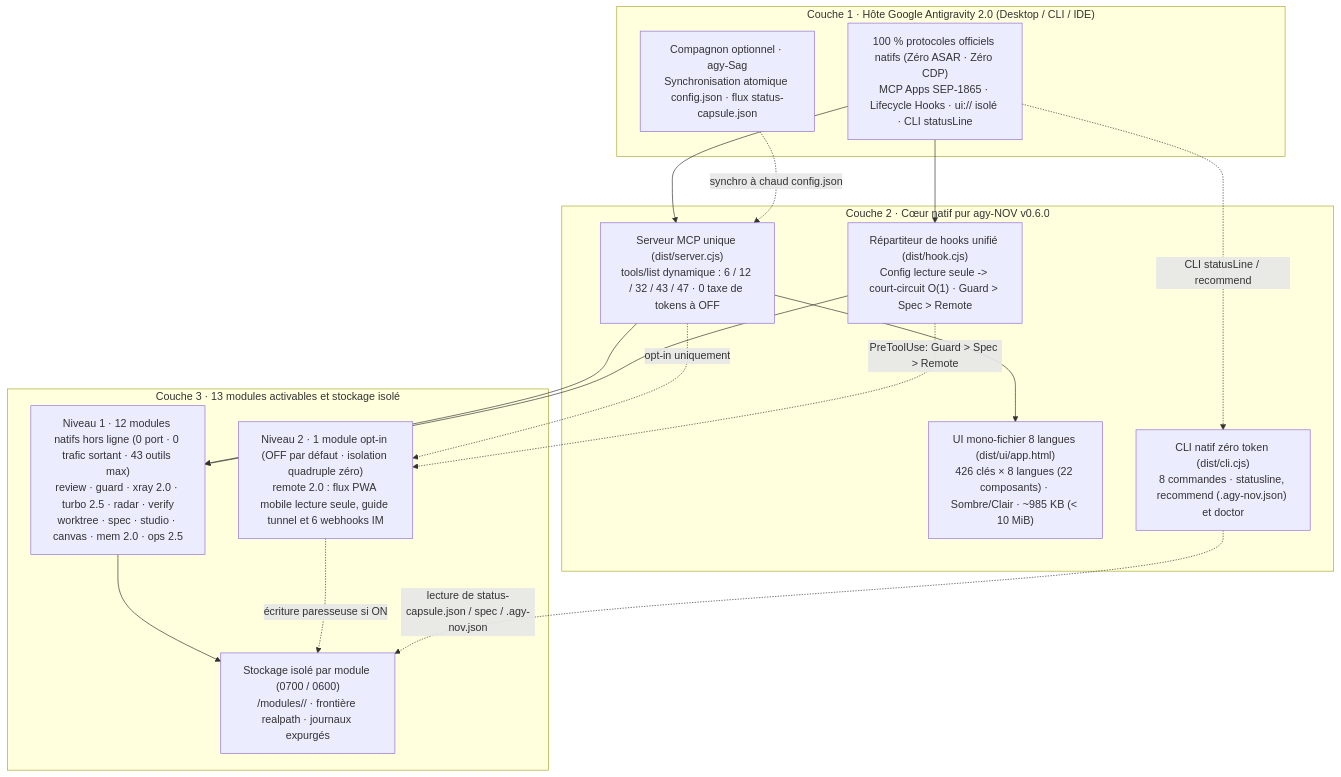
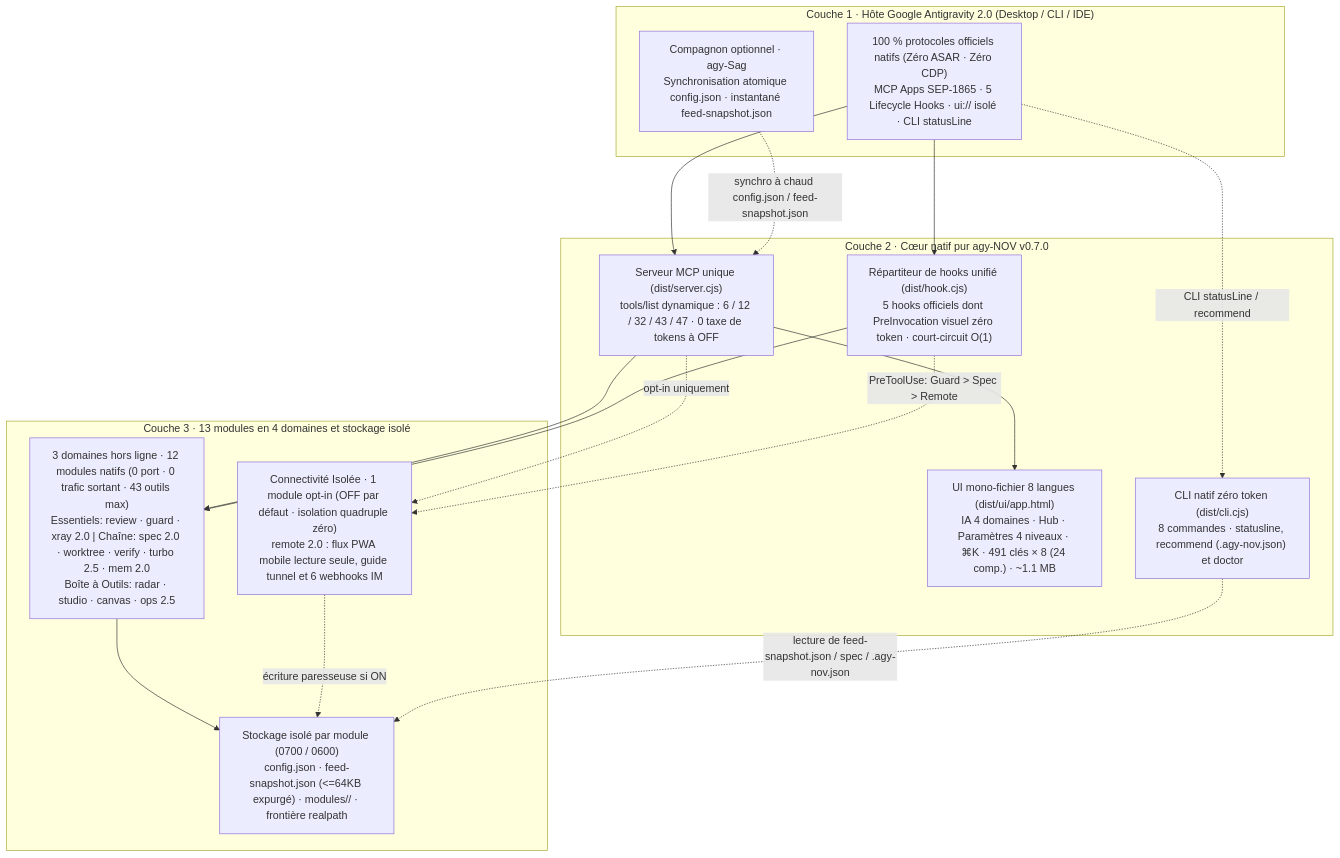
Before and after one commit to tone-leh/agy-NOV: the diagram in docs/i18n/README.fr.md, drawn with Mermaid. The commit also changed other lines of this file and 54 other files, not shown here.

Commit message:
feat: release agy-NOV v0.7.0 (4+1 IA, Settings Hub, Spec 2.0, Dual-Star Feed, PreInvocation)

````diff
--- a/docs/i18n/README.fr.md
+++ b/docs/i18n/README.fr.md
@@ -209,33 +222,33 @@
 ```mermaid
 flowchart TB
   subgraph L1["Couche 1 · Hôte Google Antigravity 2.0 (Desktop / CLI / IDE)"]
-    Host["100 % protocoles officiels natifs (Zéro ASAR · Zéro CDP)\nMCP Apps SEP-1865 · Lifecycle Hooks · ui:// isolé · CLI statusLine"]
-    Sag["Compagnon optionnel · agy-Sag\nSynchronisation atomique config.json · flux status-capsule.json"]
+    Host["100 % protocoles officiels natifs (Zéro ASAR · Zéro CDP)\nMCP Apps SEP-1865 · 5 Lifecycle Hooks · ui:// isolé · CLI statusLine"]
+    Sag["Compagnon optionnel · agy-Sag\nSynchronisation atomique config.json · instantané feed-snapshot.json"]
   end
 
-  subgraph L2["Couche 2 · Cœur natif pur agy-NOV v0.6.0"]
+  subgraph L2["Couche 2 · Cœur natif pur agy-NOV v0.7.0"]
     MCP["Serveur MCP unique (dist/server.cjs)\ntools/list dynamique : 6 / 12 / 32 / 43 / 47 · 0 taxe de tokens à OFF"]
-    Hook["Répartiteur de hooks unifié (dist/hook.cjs)\nConfig lecture seule -> court-circuit O(1) · Guard > Spec > Remote"]
-    UI["UI mono-fichier 8 langues (dist/ui/app.html)\n426 clés × 8 langues (22 composants) · Sombre/Clair · ~985 KB (< 10 MiB)"]
+    Hook["Répartiteur de hooks unifié (dist/hook.cjs)\n5 hooks officiels dont PreInvocation visuel zéro token · court-circuit O(1)"]
+    UI["UI mono-fichier 8 langues (dist/ui/app.html)\nIA 4 domaines · Hub · Paramètres 4 niveaux · ⌘K · 491 clés × 8 (24 comp.) · ~1.1 MB"]
     CLI["CLI natif zéro token (dist/cli.cjs)\n8 commandes · statusline, recommend (.agy-nov.json) et doctor"]
   end
 
-  subgraph L3["Couche 3 · 13 modules activables et stockage isolé"]
-    T1["Niveau 1 · 12 modules natifs hors ligne (0 port · 0 trafic sortant · 43 outils max)\nreview · guard · xray 2.0 · turbo 2.5 · radar · verify\nworktree · spec · studio · canvas · mem 2.0 · ops 2.5"]
-    T2R["Niveau 2 · 1 module opt-in (OFF par défaut · isolation quadruple zéro)\nremote 2.0 : flux PWA mobile lecture seule, guide tunnel et 6 webhooks IM"]
-    Store["Stockage isolé par module (0700 / 0600)\n<dataDir>/modules/<id>/ · frontière realpath · journaux expurgés"]
+  subgraph L3["Couche 3 · 13 modules en 4 domaines et stockage isolé"]
+    T1["3 domaines hors ligne · 12 modules natifs (0 port · 0 trafic sortant · 43 outils max)\nEssentiels: review · guard · xray 2.0 | Chaîne: spec 2.0 · worktree · verify · turbo 2.5 · mem 2.0\nBoîte à Outils: radar · studio · canvas · ops 2.5"]
+    T2R["Connectivité Isolée · 1 module opt-in (OFF par défaut · isolation quadruple zéro)\nremote 2.0 : flux PWA mobile lecture seule, guide tunnel et 6 webhooks IM"]
+    Store["Stockage isolé par module (0700 / 0600)\nconfig.json · feed-snapshot.json (<=64KB expurgé) · modules/<id>/ · frontière realpath"]
   end
 
   Host --> MCP
   Host --> Hook
   Host -. "CLI statusLine / recommend" .-> CLI
-  Sag -. "synchro à chaud config.json" .-> MCP
+  Sag -. "synchro à chaud config.json / feed-snapshot.json" .-> MCP
   MCP --> UI
   MCP --> T1
   MCP -. "opt-in uniquement" .-> T2R
   Hook --> T1
   Hook -. "PreToolUse: Guard > Spec > Remote" .-> T2R
   T1 --> Store
   T2R -. "écriture paresseuse si ON" .-> Store
-  CLI -. "lecture de status-capsule.json / spec / .agy-nov.json" .-> Store
+  CLI -. "lecture de feed-snapshot.json / spec / .agy-nov.json" .-> Store
 ```
````
